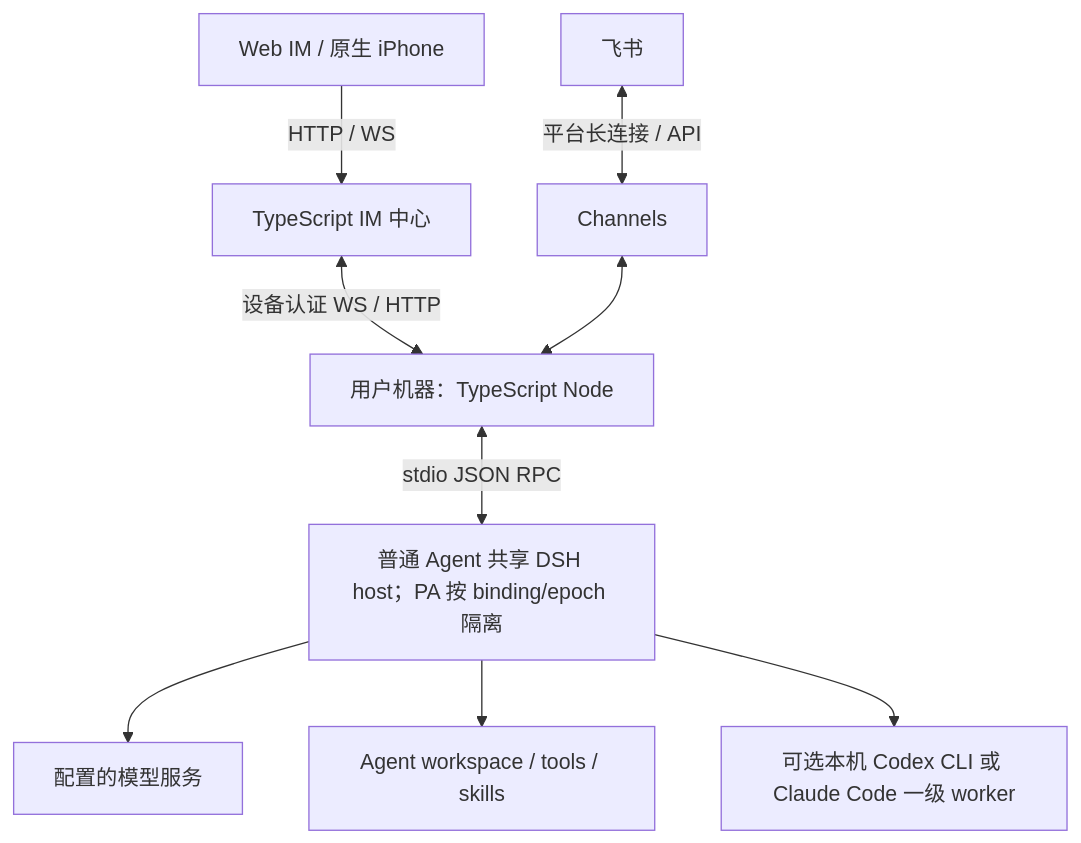
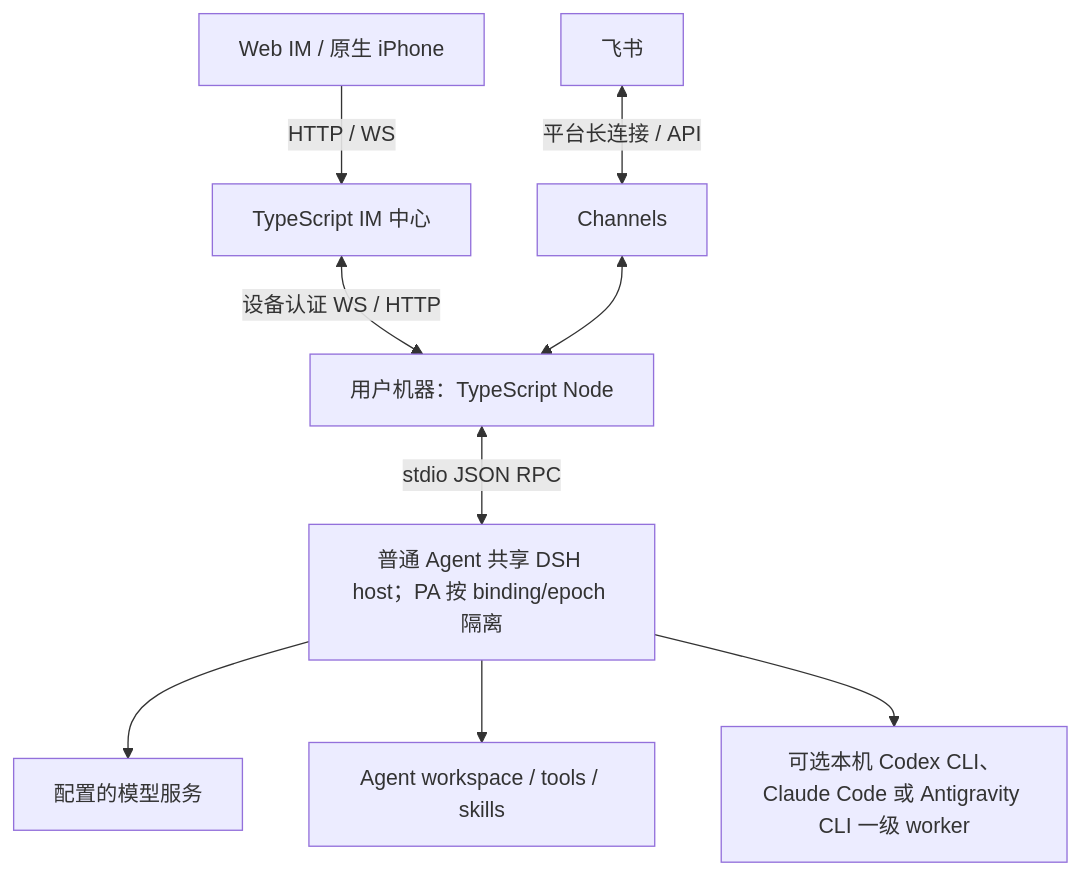
The diagram in SPEC.md (Mrchen116/nano-multiagent), drawn with Mermaid before and after one commit. The commit also changed other lines of this file and 23 other files, not shown here.

Commit message:
feat(dsh-integration): add Antigravity CLI local worker runtime and context usage

````diff
--- a/SPEC.md
+++ b/SPEC.md
@@ -15,11 +15,11 @@
 ```mermaid
 flowchart TD
   Web[Web IM / 原生 iPhone] -->|HTTP / WS| IM[TypeScript IM 中心]
   IM <-->|设备认证 WS / HTTP| Node[用户机器：TypeScript Node]
   Feishu[飞书] <-->|平台长连接 / API| Channels[Channels]
   Channels <--> Node
   Node <-->|stdio JSON RPC| DSH[普通 Agent 共享 DSH host；PA 按 binding/epoch 隔离]
   DSH --> LLM[配置的模型服务]
   DSH --> Workspace[Agent workspace / tools / skills]
-  DSH --> CLI[可选本机 Codex CLI 或 Claude Code 一级 worker]
+  DSH --> CLI[可选本机 Codex CLI、Claude Code 或 Antigravity CLI 一级 worker]
 ```
````
